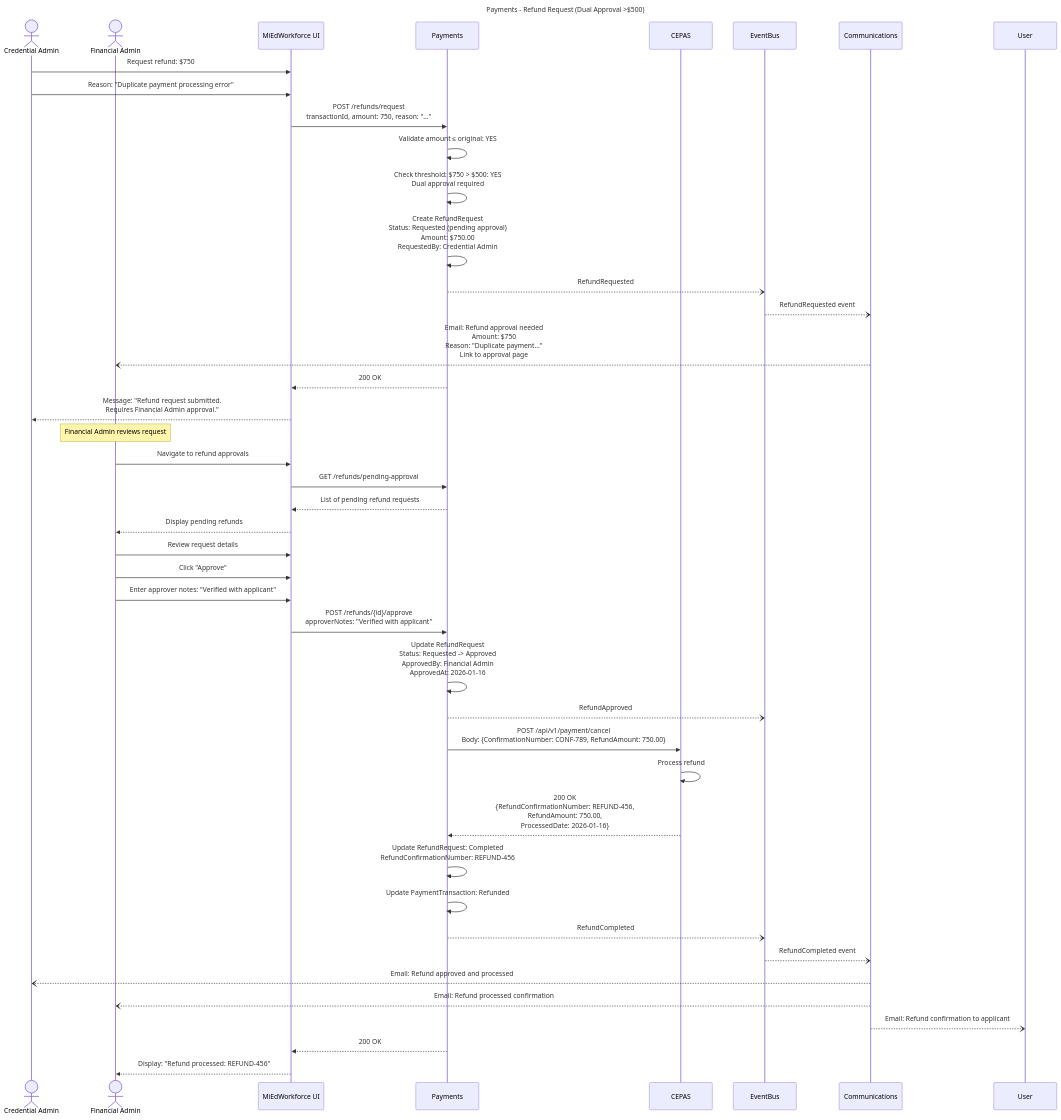
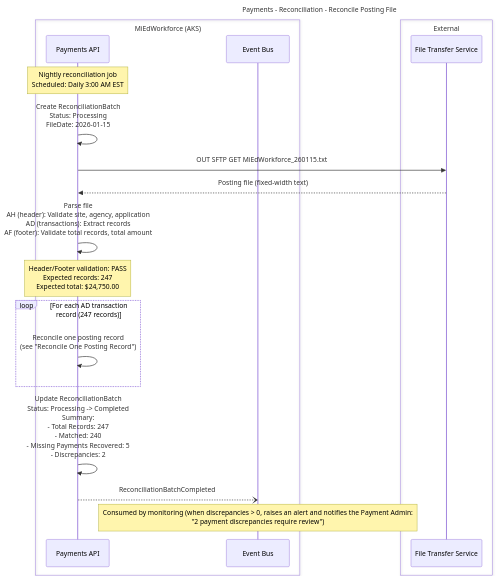
Before and after one commit to mnichols-dl/mied-design: the sixth of 11 diagrams in working-docs/solution-areas/payments/payments-sequences.md, drawn with Mermaid. The commit also changed other lines of this file and 34 other files, not shown here.

Commit message:
Update sequences and perform RTM assessment

````diff
--- a/working-docs/solution-areas/payments/payments-sequences.md
+++ b/working-docs/solution-areas/payments/payments-sequences.md
@@ -415,65 +399,33 @@
 ```mermaid
 ---
-title: Payments - Refund Request (Dual Approval >$500)
+title: Payments - Reconciliation - Reconcile Posting File
 ---
 sequenceDiagram
-    actor CredAdmin as Credential Admin
-    actor FinAdmin as Financial Admin
-    participant UI as MiEdWorkforce UI
-    participant Payments
-    participant CEPAS
-    participant EventBus
-    participant Comms as Communications
-    
-    CredAdmin->>UI: Request refund: $750
-    CredAdmin->>UI: Reason: "Duplicate payment processing error"
-    
-    UI->>Payments: POST /refunds/request<br/>transactionId, amount: 750, reason: "..."
-    
-    Payments->>Payments: Validate amount ≤ original: YES
-    Payments->>Payments: Check threshold: $750 > $500: YES<br/>Dual approval required
-    
-    Payments->>Payments: Create RefundRequest<br/>Status: Requested (pending approval)<br/>Amount: $750.00<br/>RequestedBy: Credential Admin
-    
-    Payments--)EventBus: RefundRequested
-    EventBus--)Comms: RefundRequested event
-    Comms--)FinAdmin: Email: Refund approval needed<br/>Amount: $750<br/>Reason: "Duplicate payment..."<br/>Link to approval page
-    
-    Payments-->>UI: 200 OK
-    UI-->>CredAdmin: Message: "Refund request submitted.<br/>Requires Financial Admin approval."
-    
-    Note over FinAdmin: Financial Admin reviews request
-    
-    FinAdmin->>UI: Navigate to refund approvals
-    UI->>Payments: GET /refunds/pending-approval
-    Payments-->>UI: List of pending refund requests
-    UI-->>FinAdmin: Display pending refunds
-    
-    FinAdmin->>UI: Review request details
-    FinAdmin->>UI: Click "Approve"
-    FinAdmin->>UI: Enter approver notes: "Verified with applicant"
-    
-    UI->>Payments: POST /refunds/{id}/approve<br/>approverNotes: "Verified with applicant"
-    
-    Payments->>Payments: Update RefundRequest<br/>Status: Requested -> Approved<br/>ApprovedBy: Financial Admin<br/>ApprovedAt: 2026-01-16
-    
-    Payments--)EventBus: RefundApproved
-    
-    Payments->>CEPAS: POST /api/v1/payment/cancel<br/>Body: {ConfirmationNumber: CONF-789, RefundAmount: 750.00}
-    
-    CEPAS->>CEPAS: Process refund
-    CEPAS-->>Payments: 200 OK<br/>{RefundConfirmationNumber: REFUND-456,<br/>RefundAmount: 750.00,<br/>ProcessedDate: 2026-01-16}
-    
-    Payments->>Payments: Update RefundRequest: Completed<br/>RefundConfirmationNumber: REFUND-456
-    
-    Payments->>Payments: Update PaymentTransaction: Refunded
-    
-    Payments--)EventBus: RefundCompleted
-    EventBus--)Comms: RefundCompleted event
-    Comms--)CredAdmin: Email: Refund approved and processed
-    Comms--)FinAdmin: Email: Refund processed confirmation
-    Comms--)User: Email: Refund confirmation to applicant
-    
-    Payments-->>UI: 200 OK
-    UI-->>FinAdmin: Display: "Refund processed: REFUND-456"
+    box MiEdWorkforce (AKS)
+        participant PayApi as Payments API
+        participant EventBus as Event Bus
+    end
+    box External
+        participant FTS as File Transfer Service
+    end
+
+    Note over PayApi: Nightly reconciliation job<br/>Scheduled: Daily 3:00 AM EST
+
+    PayApi->>PayApi: Create ReconciliationBatch<br/>Status: Processing<br/>FileDate: 2026-01-15
+
+    PayApi->>FTS: OUT SFTP GET MiEdWorkforce_260115.txt
+    FTS-->>PayApi: Posting file (fixed-width text)
+
+    PayApi->>PayApi: Parse file<br/>AH (header): Validate site, agency, application<br/>AD (transactions): Extract records<br/>AF (footer): Validate total records, total amount
+
+    Note over PayApi: Header/Footer validation: PASS<br/>Expected records: 247<br/>Expected total: $24,750.00
+
+    loop For each AD transaction record (247 records)
+        PayApi->>PayApi: Reconcile one posting record<br/>(see "Reconcile One Posting Record")
+    end
+
+    PayApi->>PayApi: Update ReconciliationBatch<br/>Status: Processing -> Completed<br/>Summary:<br/>- Total Records: 247<br/>- Matched: 240<br/>- Missing Payments Recovered: 5<br/>- Discrepancies: 2
+
+    PayApi--)EventBus: ReconciliationBatchCompleted
+    Note over EventBus: Consumed by monitoring (when discrepancies > 0, raises an alert and notifies the Payment Admin:<br/>"2 payment discrepancies require review")
 ```
````
